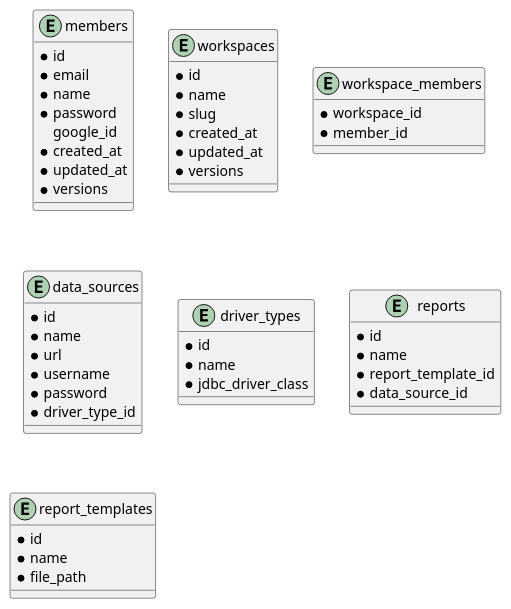
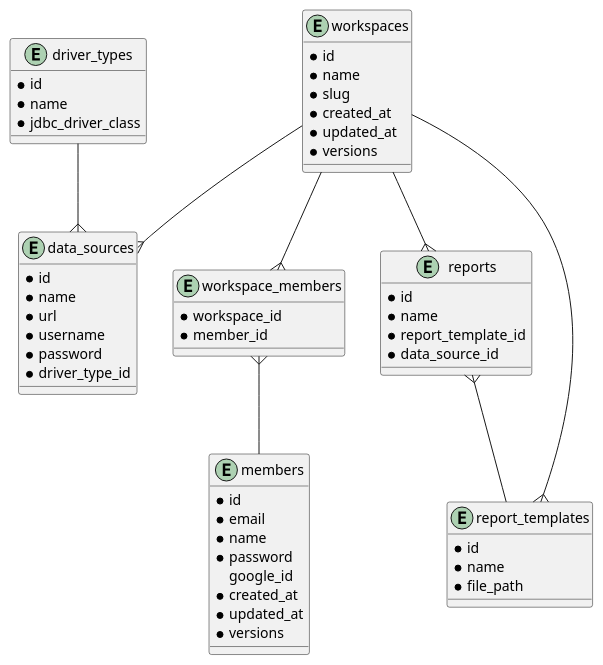
One commit to ijufumi/openreports-api changed the diagram in docs/db/diagram.puml. Above: the diagram before and after it, drawn with PlantUML.

Commit message:
Add relationship

```diff
--- a/docs/db/diagram.puml
+++ b/docs/db/diagram.puml
@@ -1,56 +1,64 @@
 @startuml
 
 entity members {
   * id
   * email
   * name
   * password
     google_id
   * created_at
   * updated_at
   * versions
 }
 
 entity workspaces {
   * id
   * name
   * slug
   * created_at
   * updated_at
   * versions
 }
 
 entity workspace_members {
   * workspace_id
   * member_id
 }
 
 entity data_sources {
   * id
   * name
   * url
   * username
   * password
   * driver_type_id
 }
 
 entity driver_types {
   * id
   * name
   * jdbc_driver_class
 }
 
 entity reports {
   * id
   * name
   * report_template_id
   * data_source_id
 }
 
 entity report_templates {
   * id
   * name
   * file_path
 }
 
+workspaces --{ workspace_members
+workspace_members }-- members
+workspaces --{ data_sources
+workspaces --{ reports
+workspaces --{ report_templates
+reports }-- report_templates
+driver_types --{ data_sources
+
 @enduml
```
